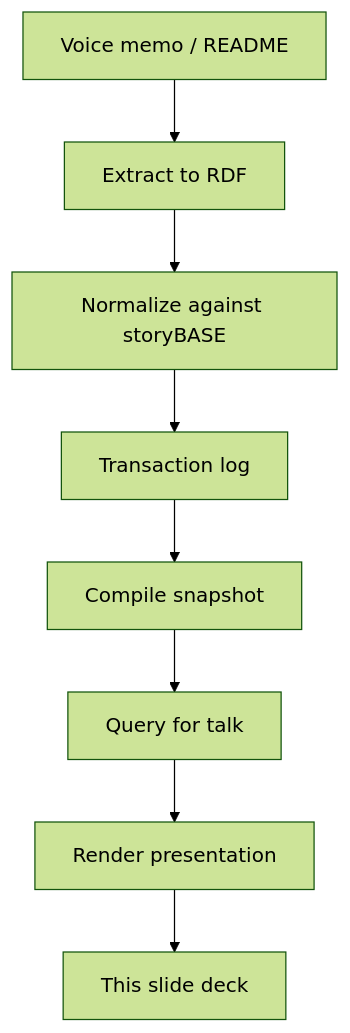
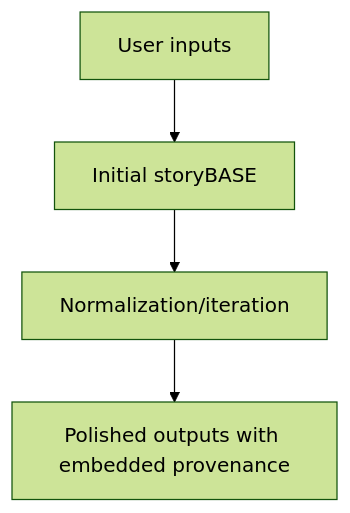
The seventh of 7 diagrams in conj-talk-2025.md (Synthetic-Identity-Co/conj-talk-2025), drawn with Mermaid (forest theme) before and after one commit. The commit also changed other lines of this file, not shown here.

Commit message:
story:  aea7077cb55f25c5aa98f5971b7a458a94326d3e

````diff
--- a/conj-talk-2025.md
+++ b/conj-talk-2025.md
@@ -299,10 +419,6 @@
 ```mermaid
 graph TD
-    A[Voice memo / README] --> B[Extract to RDF]
-    B --> C[Normalize against storyBASE]
-    C --> D[Transaction log]
-    D --> E[Compile snapshot]
-    E --> F[Query for talk]
-    F --> G[Render presentation]
-    G --> H[This slide deck]
+    A[User inputs] --> B[Initial storyBASE]
+    B --> C[Normalization/iteration]
+    C --> D[Polished outputs with embedded provenance]
 ```
````
